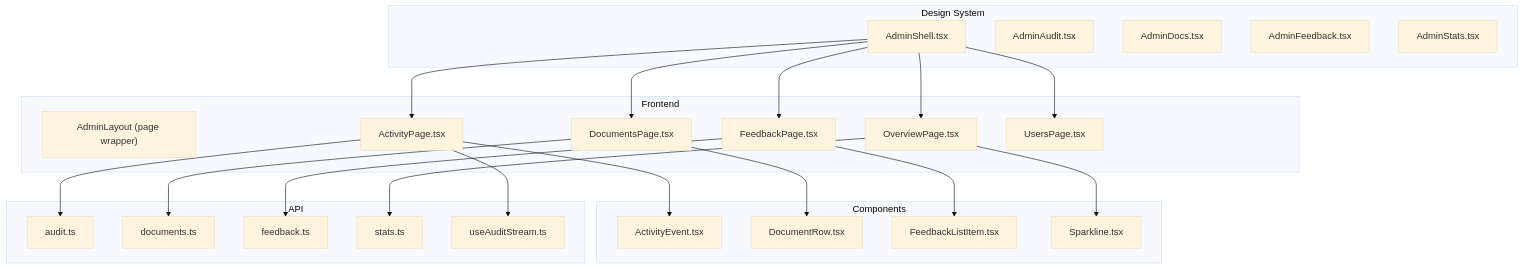
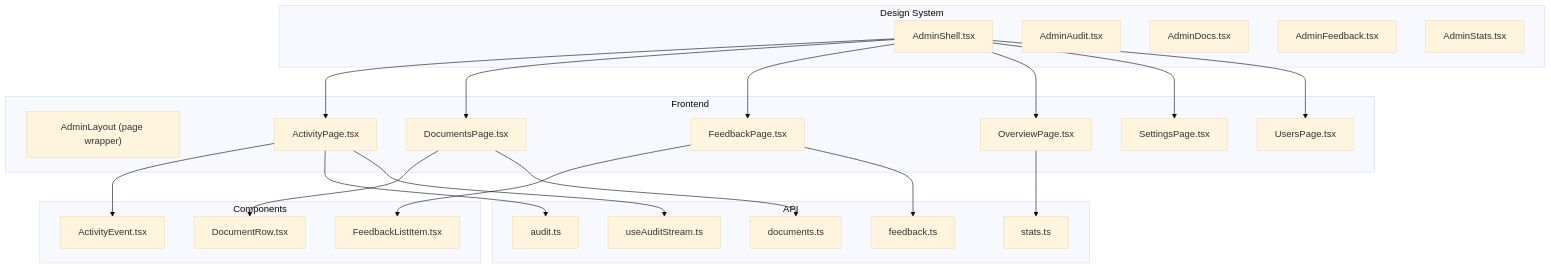
Before and after one commit to genes8/private-ai: the first of 8 diagrams in .qoder/repowiki/en/content/Design System/Component Library/Administrative Components.md, drawn with Mermaid (base theme). The commit also changed other lines of this file and 19 other files, not shown here.

````diff
--- a/.qoder/repowiki/en/content/Design System/Component Library/Administrative Components.md
+++ b/.qoder/repowiki/en/content/Design System/Component Library/Administrative Components.md
@@ -40,45 +47,45 @@
 ```mermaid
 graph TB
 subgraph "Design System"
 DS_AdminShell["AdminShell.tsx"]
 DS_AdminAudit["AdminAudit.tsx"]
 DS_AdminDocs["AdminDocs.tsx"]
 DS_AdminFeedback["AdminFeedback.tsx"]
 DS_AdminStats["AdminStats.tsx"]
 end
 subgraph "Frontend"
 FP_AdminLayout["AdminLayout (page wrapper)"]
 FP_ActivityPage["ActivityPage.tsx"]
 FP_DocumentsPage["DocumentsPage.tsx"]
 FP_FeedbackPage["FeedbackPage.tsx"]
 FP_OverviewPage["OverviewPage.tsx"]
+FP_SettingsPage["SettingsPage.tsx"]
 FP_UsersPage["UsersPage.tsx"]
 end
 subgraph "Components"
 C_ActivityEvent["ActivityEvent.tsx"]
 C_DocumentRow["DocumentRow.tsx"]
 C_FeedbackListItem["FeedbackListItem.tsx"]
-C_Sparkline["Sparkline.tsx"]
 end
 subgraph "API"
 A_Audit["audit.ts"]
 A_Docs["documents.ts"]
 A_Feedback["feedback.ts"]
 A_Stats["stats.ts"]
 H_UseAuditStream["useAuditStream.ts"]
 end
 FP_ActivityPage --> C_ActivityEvent
 FP_ActivityPage --> A_Audit
 FP_ActivityPage --> H_UseAuditStream
 DS_AdminShell --> FP_ActivityPage
 DS_AdminShell --> FP_DocumentsPage
 DS_AdminShell --> FP_FeedbackPage
 DS_AdminShell --> FP_OverviewPage
+DS_AdminShell --> FP_SettingsPage
 DS_AdminShell --> FP_UsersPage
 FP_DocumentsPage --> C_DocumentRow
 FP_DocumentsPage --> A_Docs
 FP_FeedbackPage --> C_FeedbackListItem
 FP_FeedbackPage --> A_Feedback
-FP_OverviewPage --> C_Sparkline
 FP_OverviewPage --> A_Stats
 ```
````
